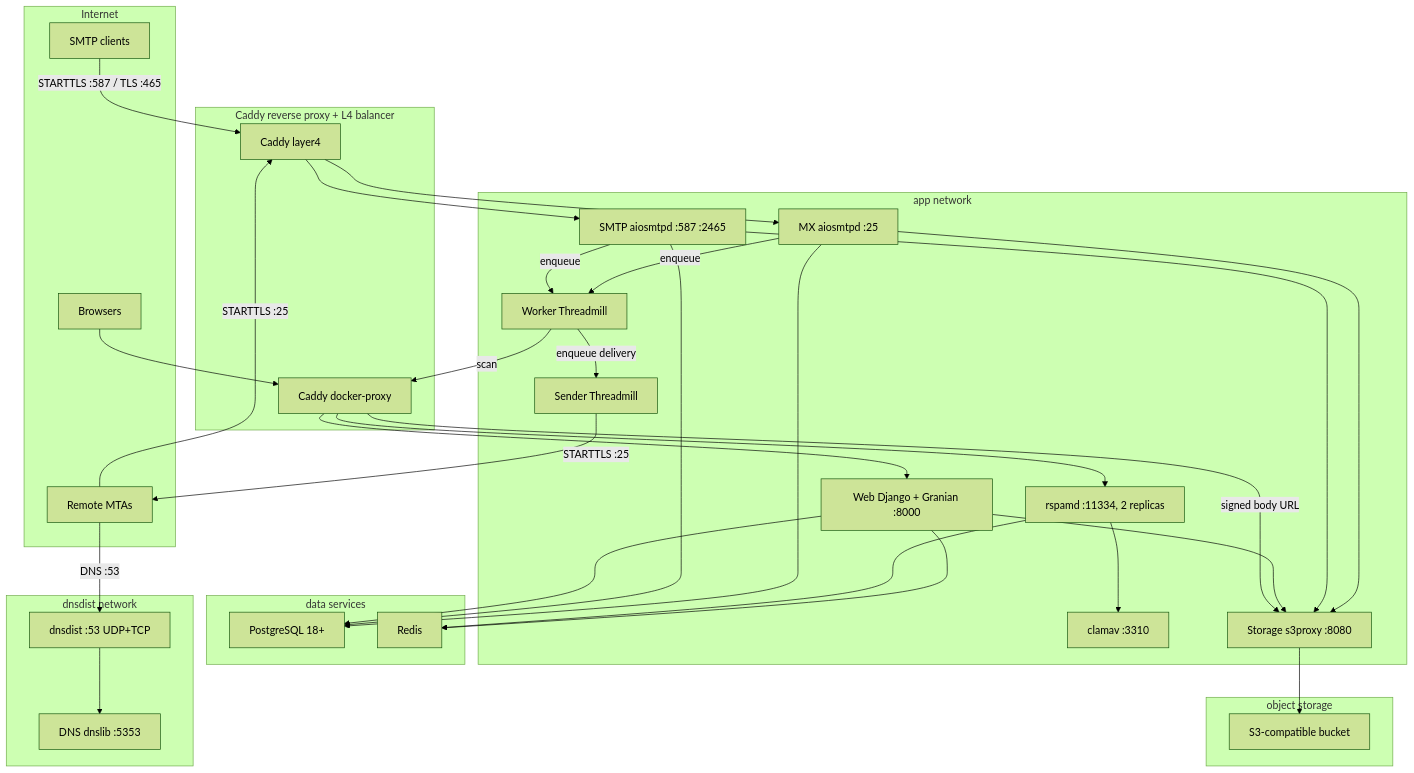
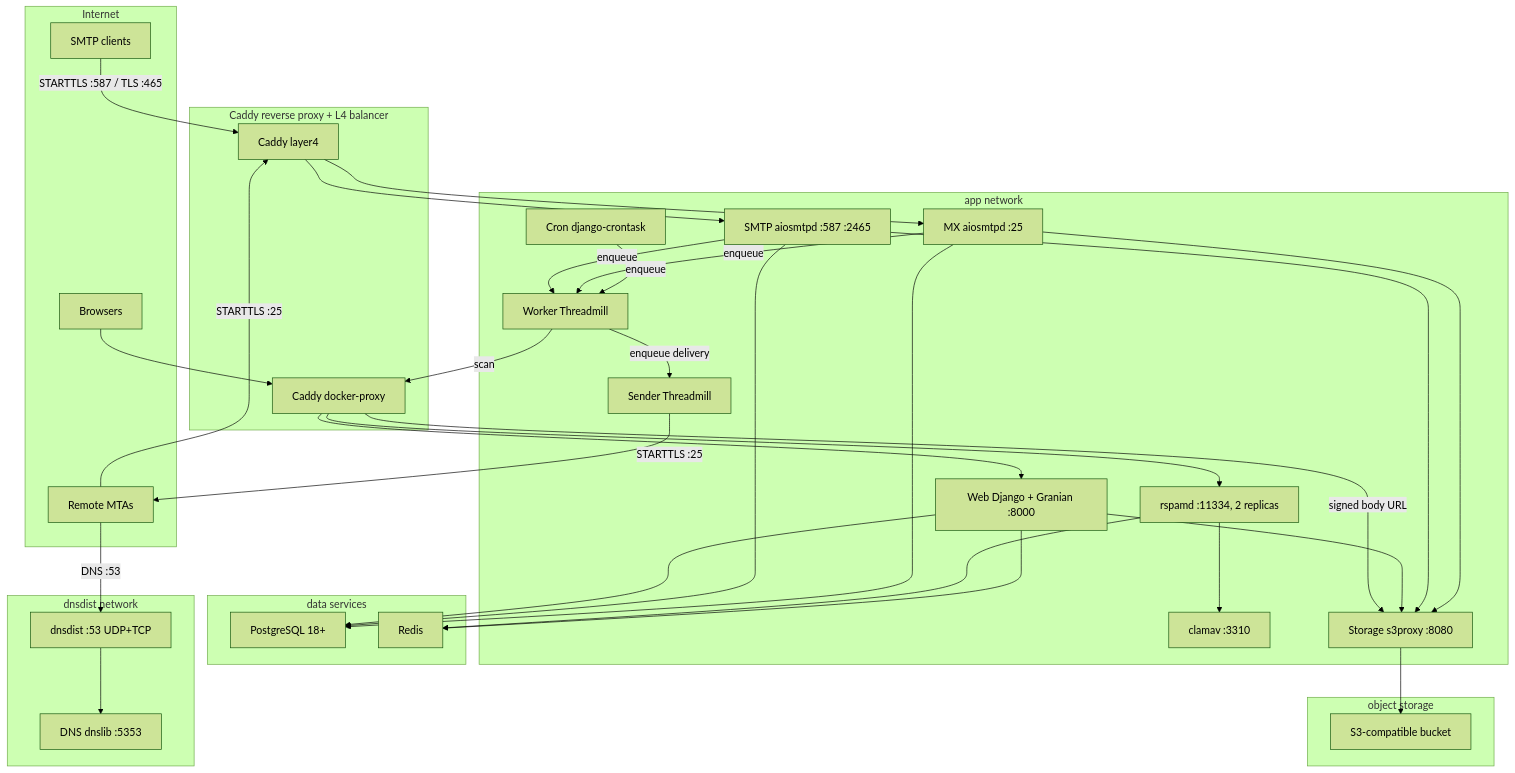
Before and after one commit to codingjoe/relay: the first of 2 diagrams in README.md, drawn with Mermaid (forest theme). The commit also changed other lines of this file and 13 other files, not shown here.

````diff
--- a/README.md
+++ b/README.md
@@ -95,64 +96,66 @@
 ```mermaid
 flowchart TD
     subgraph internet[Internet]
         client[SMTP clients]
         sender[Remote MTAs]
         browser[Browsers]
     end
 
     subgraph caddy[Caddy reverse proxy + L4 balancer]
         caddy_proxy[Caddy docker-proxy]
         caddy_l4[Caddy layer4]
     end
 
     subgraph app[app network]
         web[Web Django + Granian :8000]
         msa[SMTP aiosmtpd :587 :2465]
         mta[MX aiosmtpd :25]
         worker[Worker Threadmill]
         mail_sender[Sender Threadmill]
+        scheduler[Cron django-crontask]
         rspamd[rspamd :11334, 2 replicas]
         clamav[clamav :3310]
         s3proxy[Storage s3proxy :8080]
     end
 
     subgraph data[data services]
         pg[PostgreSQL 18+]
         redis[Redis]
     end
 
     subgraph storage[object storage]
         s3[S3-compatible bucket]
     end
 
     subgraph dns[dnsdist network]
         dnsdist[dnsdist :53 UDP+TCP]
         dns_ns[DNS dnslib :5353]
     end
 
     browser --> caddy_proxy
     caddy_proxy --> web
     caddy_proxy -->|signed body URL| s3proxy
     client -->|STARTTLS :587 / TLS :465| caddy_l4
     sender -->|STARTTLS :25| caddy_l4
     caddy_l4 --> msa
     caddy_l4 --> mta
     msa -->|enqueue| worker
     mta -->|enqueue| worker
     worker -->|enqueue delivery| mail_sender
+    scheduler -->|enqueue| worker
     mail_sender -->|STARTTLS :25| sender
     worker -->|scan| caddy_proxy
     caddy_proxy --> rspamd
     rspamd --> redis
     rspamd --> clamav
     web --> pg
     web --> redis
     web --> s3proxy
     msa --> pg
     msa --> s3proxy
     mta --> pg
     mta --> s3proxy
     s3proxy --> s3
     dnsdist --> dns_ns
     sender -->|DNS :53| dnsdist
 ```
````
